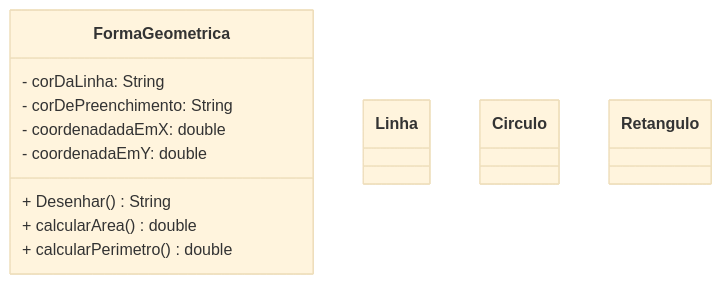
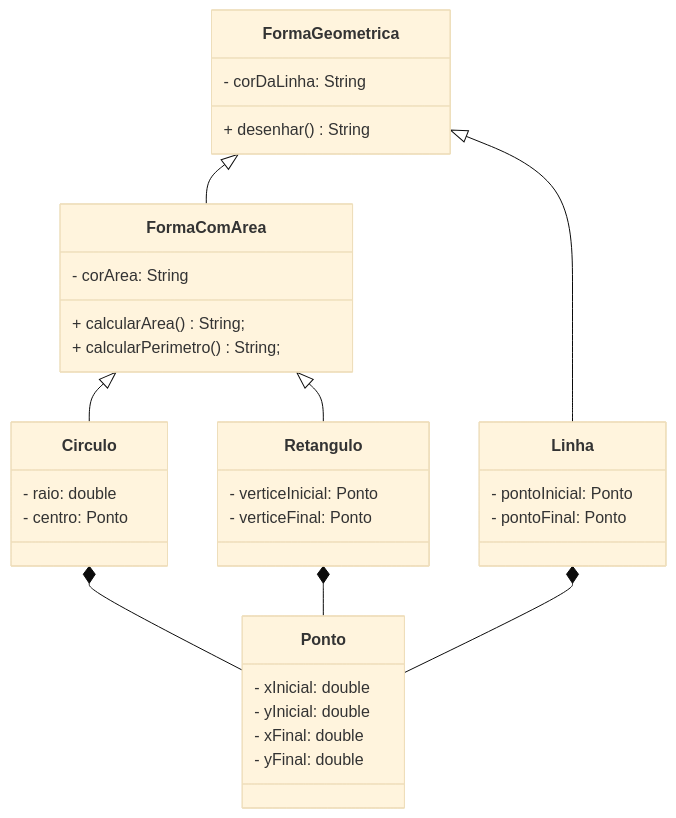
One commit to hiagosantos60/POO changed the diagram in aula20/ex02/README.Md. Above: the diagram before and after it, drawn with Mermaid (base theme). The commit also changed other lines of this file and 6 other files, not shown here.

````diff
--- a/aula20/ex02/README.Md
+++ b/aula20/ex02/README.Md
@@ -12,27 +12,47 @@
 ```mermaid
 classDiagram
-direction BT
+    direction TB
 
     class FormaGeometrica{
         - corDaLinha: String
-        - corDePreenchimento: String
-        - coordenadadaEmX: double
-        - coordenadaEmY: double
+        + desenhar() String
+    }
 
-        + Desenhar() String
-        + calcularArea() double
-        + calcularPerimetro() double
+    class FormaComArea {
+        - corArea: String
+        + calcularArea() String;
+        + calcularPerimetro() String;
+    }
+
+    class Ponto {
+        - xInicial: double
+        - yInicial: double
+        - xFinal: double
+        - yFinal: double
     }
 
     class Linha {
-
+        - pontoInicial: Ponto
+        - pontoFinal: Ponto
     }
 
     class Circulo {
-
+        - raio: double
+        - centro: Ponto
     }
 
     class Retangulo {
+        - verticeInicial: Ponto
+        - verticeFinal: Ponto
+    }
 
-    }
+    FormaGeometrica <|-- FormaComArea
+    FormaGeometrica <|-- Linha
+
+    FormaComArea <|-- Circulo
+    FormaComArea <|-- Retangulo
+    Circulo *-- Ponto
+    Retangulo *-- Ponto
+    Linha *-- Ponto
+
 ```
````
